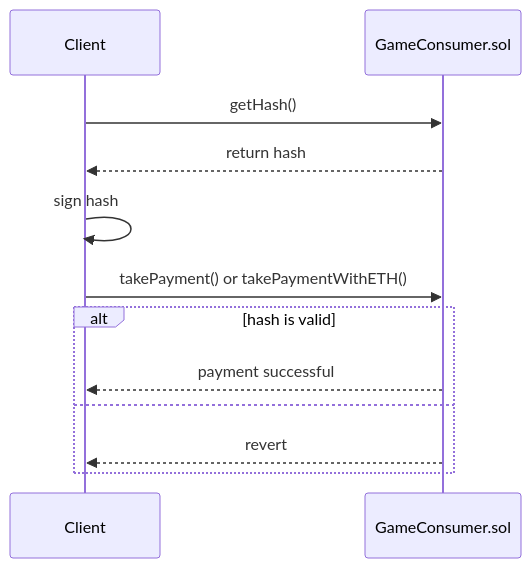
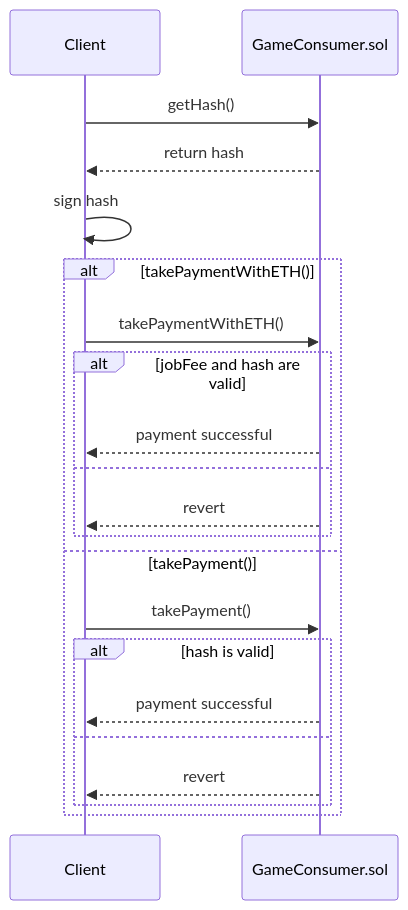
The diagram in doc/features/Harvesting.md (ZTX-Foundation/tuxedo), drawn with Mermaid before and after one commit. The commit also changed 1 other file, not shown here.

Commit message:
chore: sequence diagram updates

````diff
--- a/doc/features/Harvesting.md
+++ b/doc/features/Harvesting.md
@@ -15,14 +15,23 @@
 ```mermaid
 sequenceDiagram
     participant Client
     participant GameConsumer.sol
     Client->>GameConsumer.sol: getHash()
     GameConsumer.sol-->>Client: return hash
     Client->>Client: sign hash
-    Client->>GameConsumer.sol: takePayment() or takePaymentWithETH()
-    alt hash is valid
-        GameConsumer.sol-->>Client: payment successful
-    else
-        GameConsumer.sol-->>Client: revert
+    alt takePaymentWithETH()
+        Client->>GameConsumer.sol: takePaymentWithETH()
+        alt jobFee and hash are valid
+            GameConsumer.sol-->>Client: payment successful
+        else
+            GameConsumer.sol-->>Client: revert
+        end
+    else takePayment()
+        Client->>GameConsumer.sol: takePayment()
+        alt hash is valid
+            GameConsumer.sol-->>Client: payment successful
+        else
+            GameConsumer.sol-->>Client: revert
+        end 
     end
 ```
````
